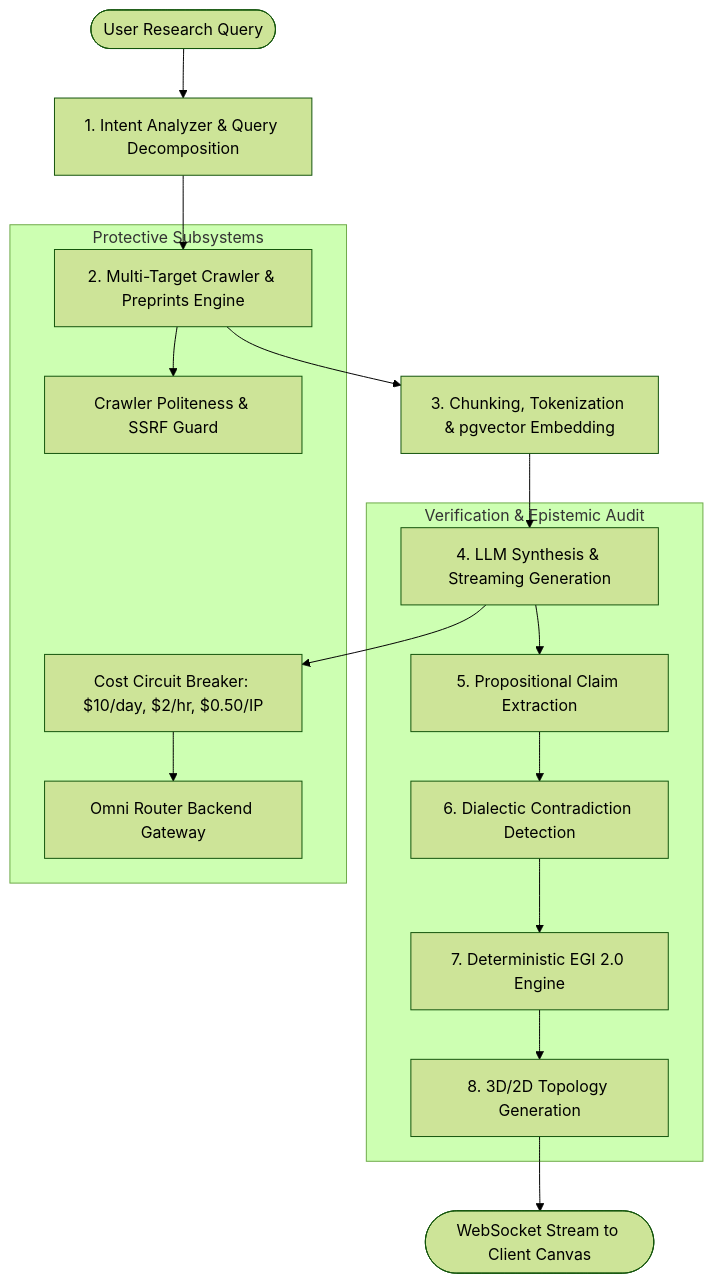
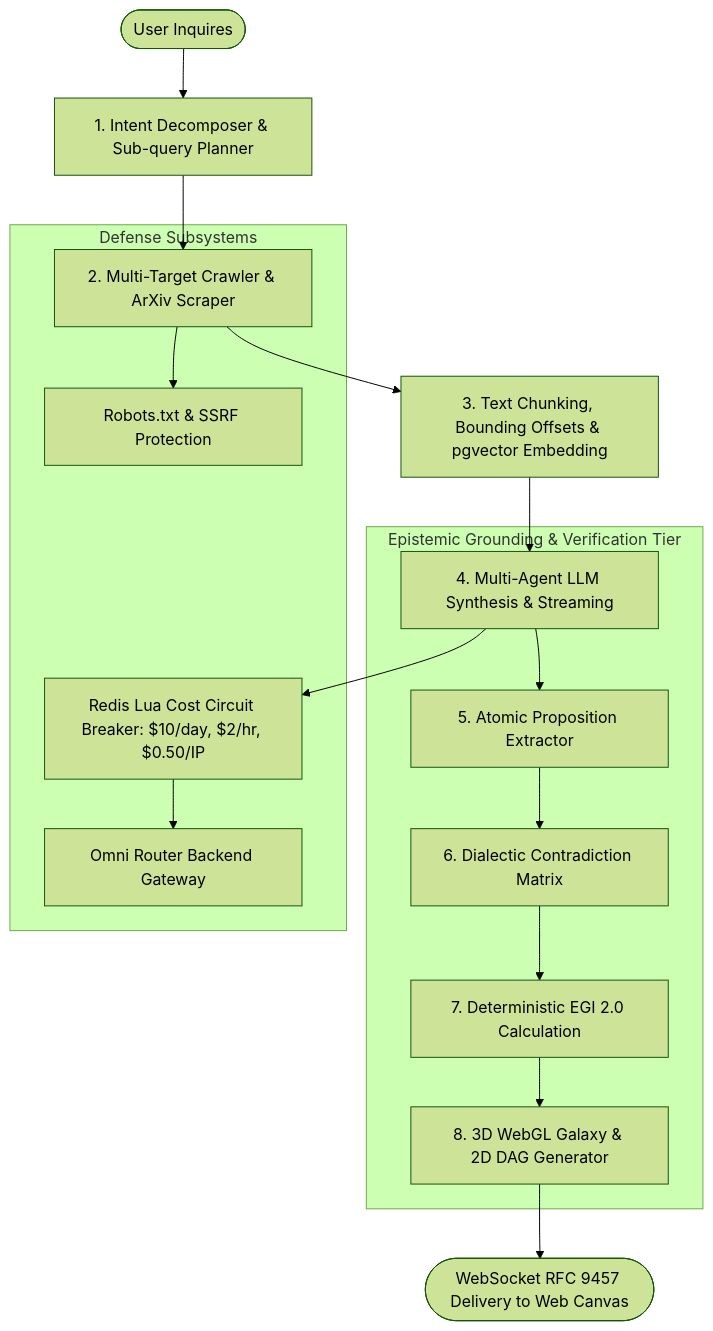
Before and after one commit to mahik504/XplainAI: the diagram in docs/architecture/ARCHITECTURE.md, drawn with Mermaid (forest theme). The commit also changed other lines of this file and 21 other files, not shown here.

Commit message:
feat(v3.5): XplainAI v3.5.0 'Symbiont' — Venom Cybernetic UI, 3D Neural Core, EGI 2.0 Paper, and Orchestra 3.3.6 Architecture

````diff
--- a/docs/architecture/ARCHITECTURE.md
+++ b/docs/architecture/ARCHITECTURE.md
@@ -116,22 +47,22 @@
 ```mermaid
 graph TD
-    Start([User Research Query]) --> Analyze[1. Intent Analyzer & Query Decomposition]
-    Analyze --> Crawl[2. Multi-Target Crawler & Preprints Engine]
-    Crawl --> Chunk[3. Chunking, Tokenization & pgvector Embedding]
-    Chunk --> Synthesize[4. LLM Synthesis & Streaming Generation]
+    Start([User Inquires]) --> Intent[1. Intent Decomposer & Sub-query Planner]
+    Intent --> Crawler[2. Multi-Target Crawler & ArXiv Scraper]
+    Crawler --> Chunking[3. Text Chunking, Bounding Offsets & pgvector Embedding]
+    Chunking --> Synthesis[4. Multi-Agent LLM Synthesis & Streaming]
     
-    subgraph "Verification & Epistemic Audit"
-        Synthesize --> ExtractClaims[5. Propositional Claim Extraction]
-        ExtractClaims --> Contradiction[6. Dialectic Contradiction Detection]
-        Contradiction --> CalculateEGI[7. Deterministic EGI 2.0 Engine]
-        CalculateEGI --> Topology[8. 3D/2D Topology Generation]
+    subgraph "Epistemic Grounding & Verification Tier"
+        Synthesis --> Extraction[5. Atomic Proposition Extractor]
+        Extraction --> Contradiction[6. Dialectic Contradiction Matrix]
+        Contradiction --> EGI[7. Deterministic EGI 2.0 Calculation]
+        EGI --> Topology[8. 3D WebGL Galaxy & 2D DAG Generator]
     end
     
-    subgraph "Protective Subsystems"
-        Synthesize --> Breaker[Cost Circuit Breaker: $10/day, $2/hr, $0.50/IP]
+    subgraph "Defense Subsystems"
+        Synthesis --> Breaker[Redis Lua Cost Circuit Breaker: $10/day, $2/hr, $0.50/IP]
         Breaker --> OmniRouter[Omni Router Backend Gateway]
-        Crawl --> Politeness[Crawler Politeness & SSRF Guard]
+        Crawler --> Politeness[Robots.txt & SSRF Protection]
     end
     
-    Topology --> End([WebSocket Stream to Client Canvas])
+    Topology --> Stream([WebSocket RFC 9457 Delivery to Web Canvas])
 ```
````
